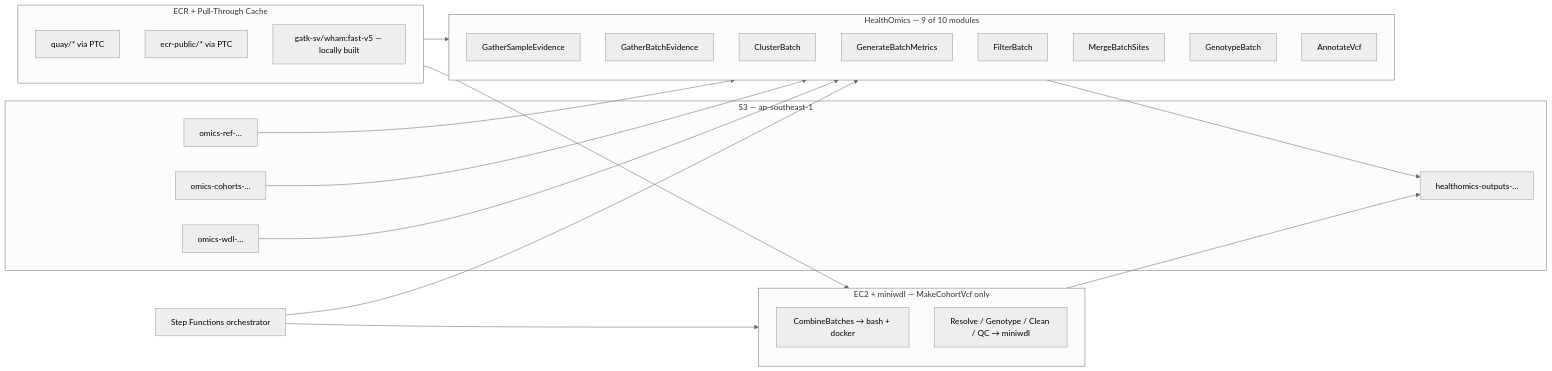
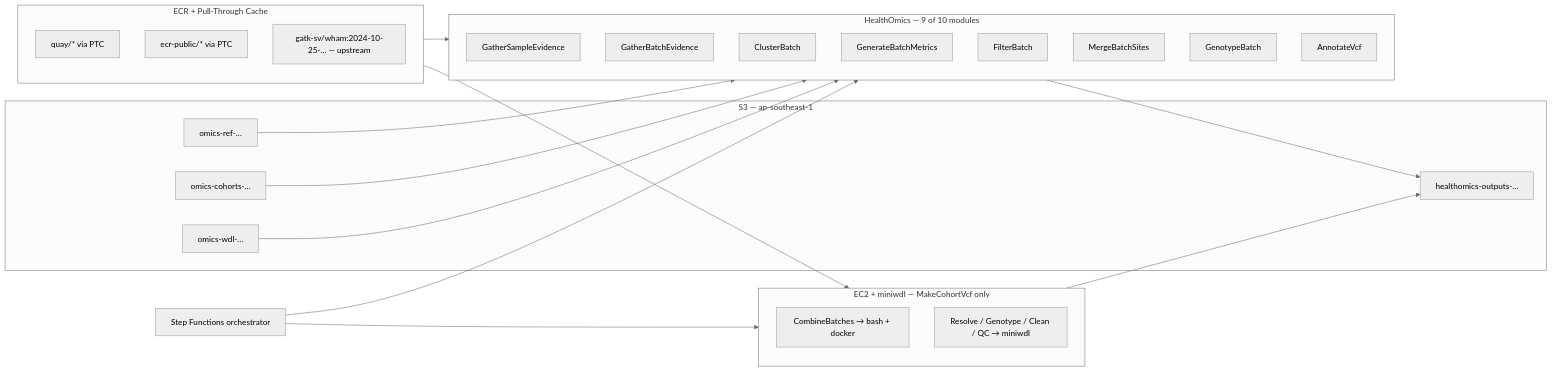
One commit to cleewh/gatk-sv-aws changed the diagram in README.md. Above: the diagram before and after it, drawn with Mermaid (neutral theme). The commit also changed other lines of this file and 2 other files, not shown here.

First line of the commit message:
Documentation: update README + bootstrap for wham revert + scramble EC2

````diff
--- a/README.md
+++ b/README.md
@@ -86,41 +86,41 @@
 ```mermaid
 flowchart LR
     subgraph S3 [S3 — ap-southeast-1]
         REF[omics-ref-…]
         COH[omics-cohorts-…]
         WDL[omics-wdl-…]
         OUT[healthomics-outputs-…]
     end
 
     subgraph ECR [ECR + Pull-Through Cache]
         QPC[quay/* via PTC]
         EPC[ecr-public/* via PTC]
-        WHAM[gatk-sv/wham:fast-v5 — locally built]
+        WHAM[gatk-sv/wham:2024-10-25-... — upstream]
     end
 
     subgraph HO [HealthOmics — 9 of 10 modules]
         GSE[GatherSampleEvidence]
         GBE[GatherBatchEvidence]
         CB[ClusterBatch]
         GBM[GenerateBatchMetrics]
         FB[FilterBatch]
         MBS[MergeBatchSites]
         GB[GenotypeBatch]
         AV[AnnotateVcf]
     end
 
     subgraph EC2 [EC2 + miniwdl — MakeCohortVcf only]
         CBE[CombineBatches → bash + docker]
         REM[Resolve / Genotype / Clean / QC → miniwdl]
     end
 
     SF[Step Functions orchestrator] --> HO
     SF --> EC2
     HO --> OUT
     EC2 --> OUT
     REF --> HO
     COH --> HO
     WDL --> HO
     ECR --> HO
     ECR --> EC2
 ```
````
